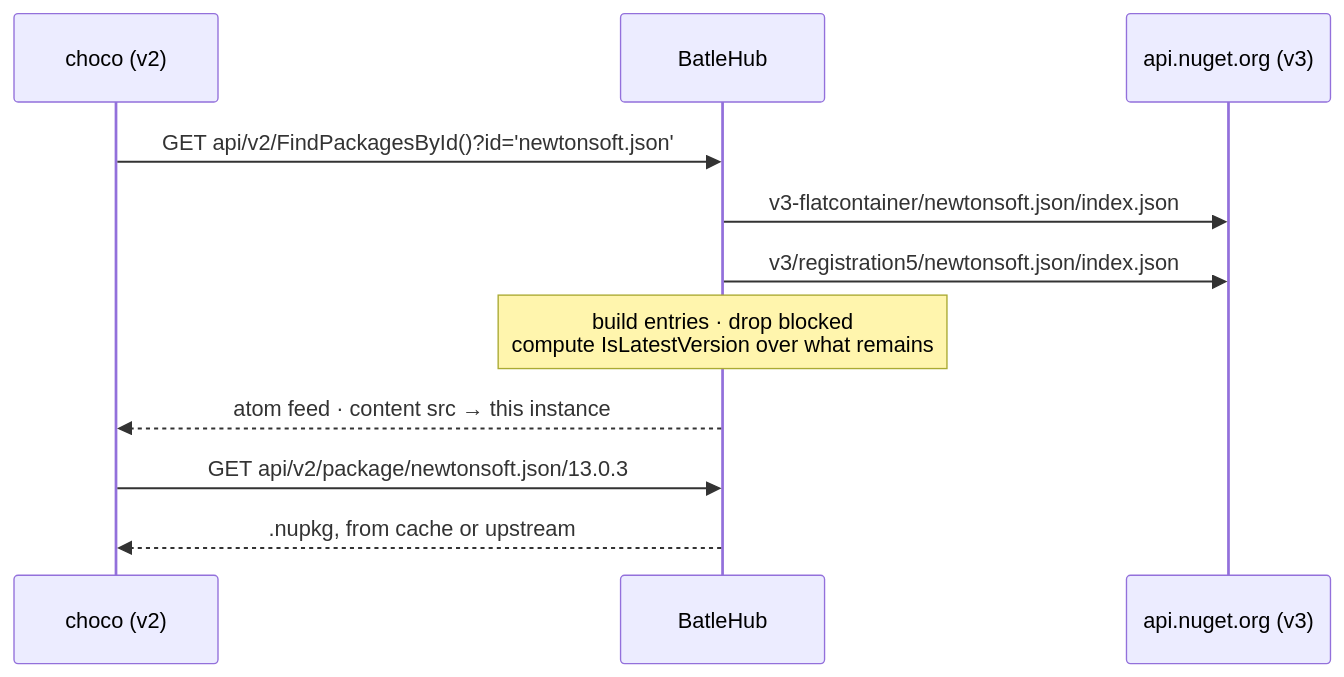
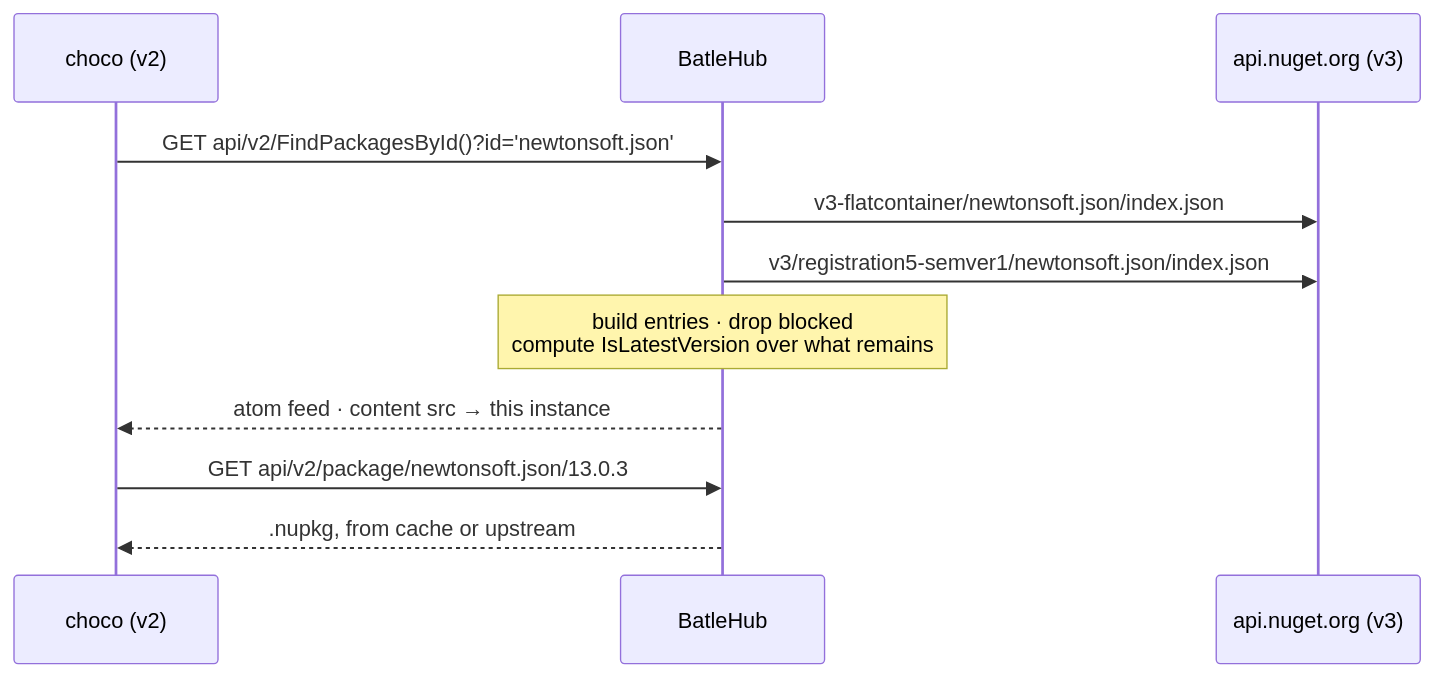
The fifth of 7 diagrams in docs/rfc/0032-nuget-v2.md (batlehub/batlehub), drawn with Mermaid before and after one commit. The commit also changed other lines of this file and 12 other files, not shown here.

````diff
--- a/docs/rfc/0032-nuget-v2.md
+++ b/docs/rfc/0032-nuget-v2.md
@@ -569,13 +636,13 @@
 ```mermaid
 sequenceDiagram
     participant P as choco (v2)
     participant B as BatleHub
     participant U as api.nuget.org (v3)
     P->>B: GET api/v2/FindPackagesById()?id='newtonsoft.json'
     B->>U: v3-flatcontainer/newtonsoft.json/index.json
-    B->>U: v3/registration5/newtonsoft.json/index.json
+    B->>U: v3/registration5-semver1/newtonsoft.json/index.json
     Note over B: build entries · drop blocked<br/>compute IsLatestVersion over what remains
     B-->>P: atom feed · content src → this instance
     P->>B: GET api/v2/package/newtonsoft.json/13.0.3
     B-->>P: .nupkg, from cache or upstream
 ```
````
